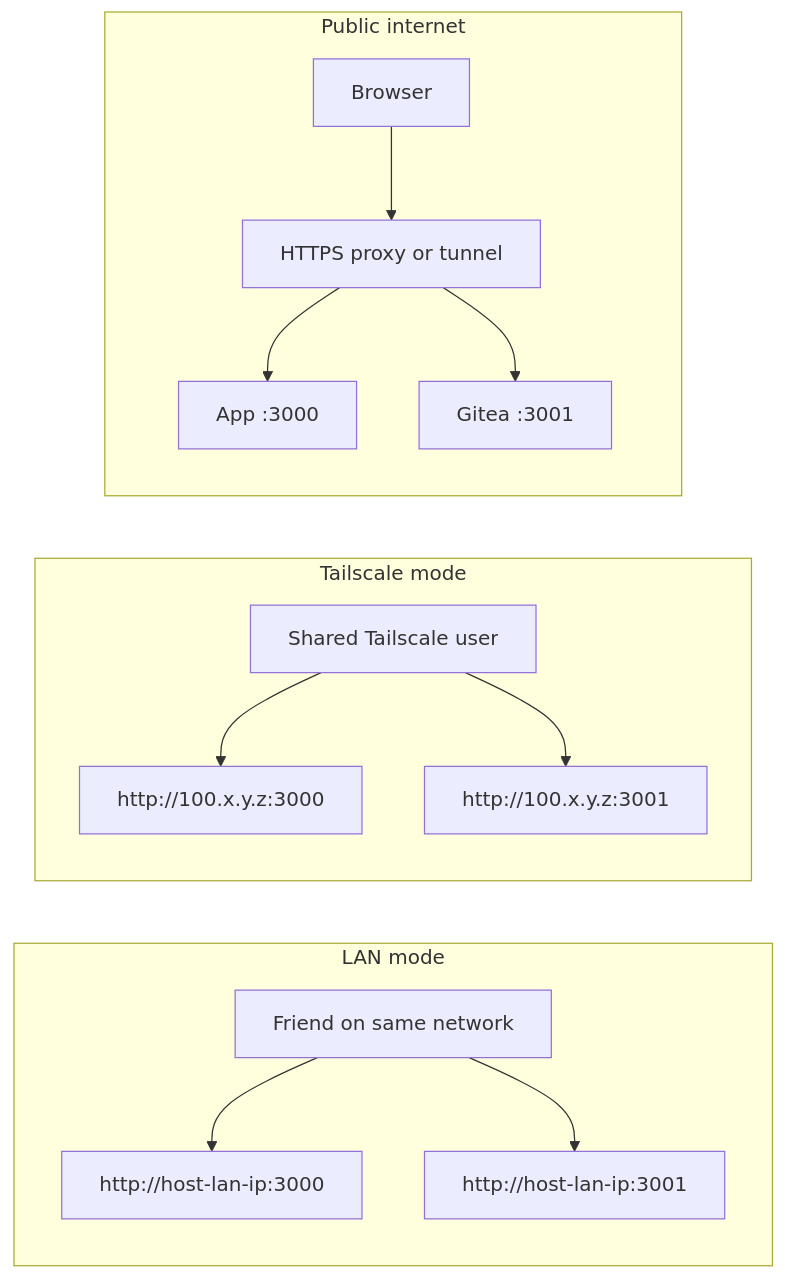
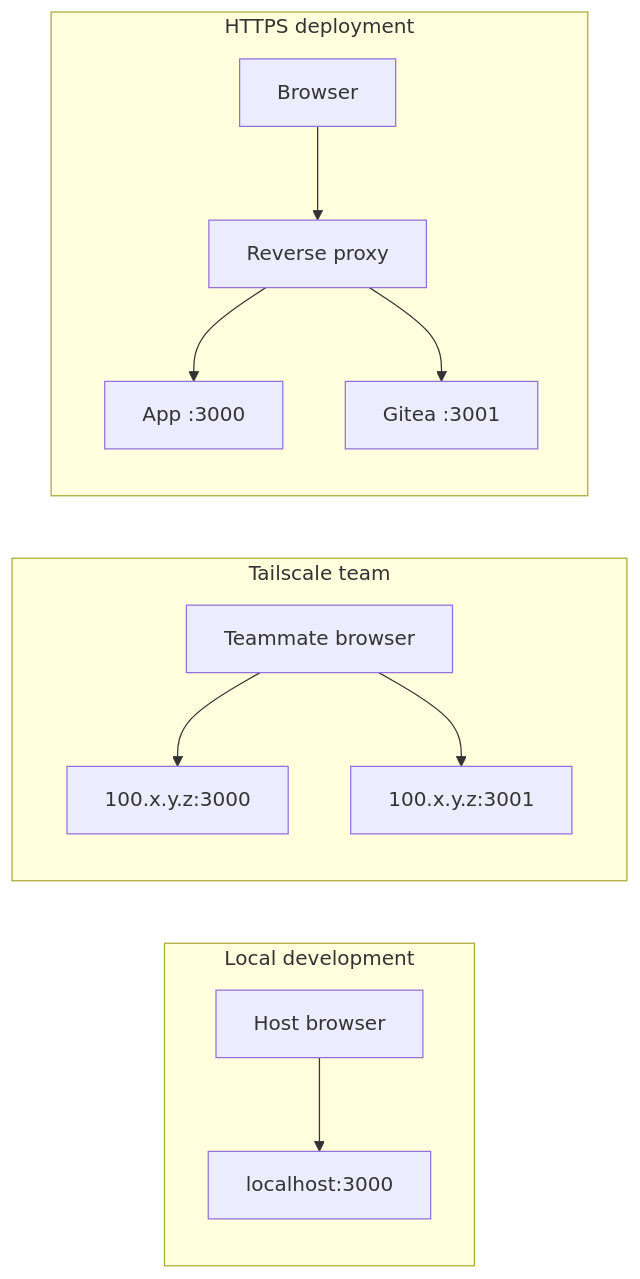
The seventh of 9 diagrams in ARCHITECTURE.md (leonidas1312/group-leveling), drawn with Mermaid before and after one commit. The commit also changed other lines of this file and 12 other files, not shown here.

````diff
--- a/ARCHITECTURE.md
+++ b/ARCHITECTURE.md
@@ -241,18 +235,17 @@
 ```mermaid
 flowchart LR
-  subgraph LAN[LAN mode]
-    LANUser["Friend on same network"] --> LANApp["http://host-lan-ip:3000"]
-    LANUser --> LANGitea["http://host-lan-ip:3001"]
+  subgraph Local["Local development"]
+    LocalUser["Host browser"] --> LocalApp["localhost:3000"]
   end
 
-  subgraph Tail[Tailscale mode]
-    TailUser["Shared Tailscale user"] --> TailApp["http://100.x.y.z:3000"]
-    TailUser --> TailGitea["http://100.x.y.z:3001"]
+  subgraph Tail["Tailscale team"]
+    TailUser["Teammate browser"] --> TailApp["100.x.y.z:3000"]
+    TailUser --> TailGitea["100.x.y.z:3001"]
   end
 
-  subgraph Public[Public internet]
-    PublicUser["Browser"] --> Proxy["HTTPS proxy or tunnel"]
+  subgraph HTTPS["HTTPS deployment"]
+    PublicUser["Browser"] --> Proxy["Reverse proxy"]
     Proxy --> App["App :3000"]
     Proxy --> Gitea["Gitea :3001"]
   end
 ```
````
